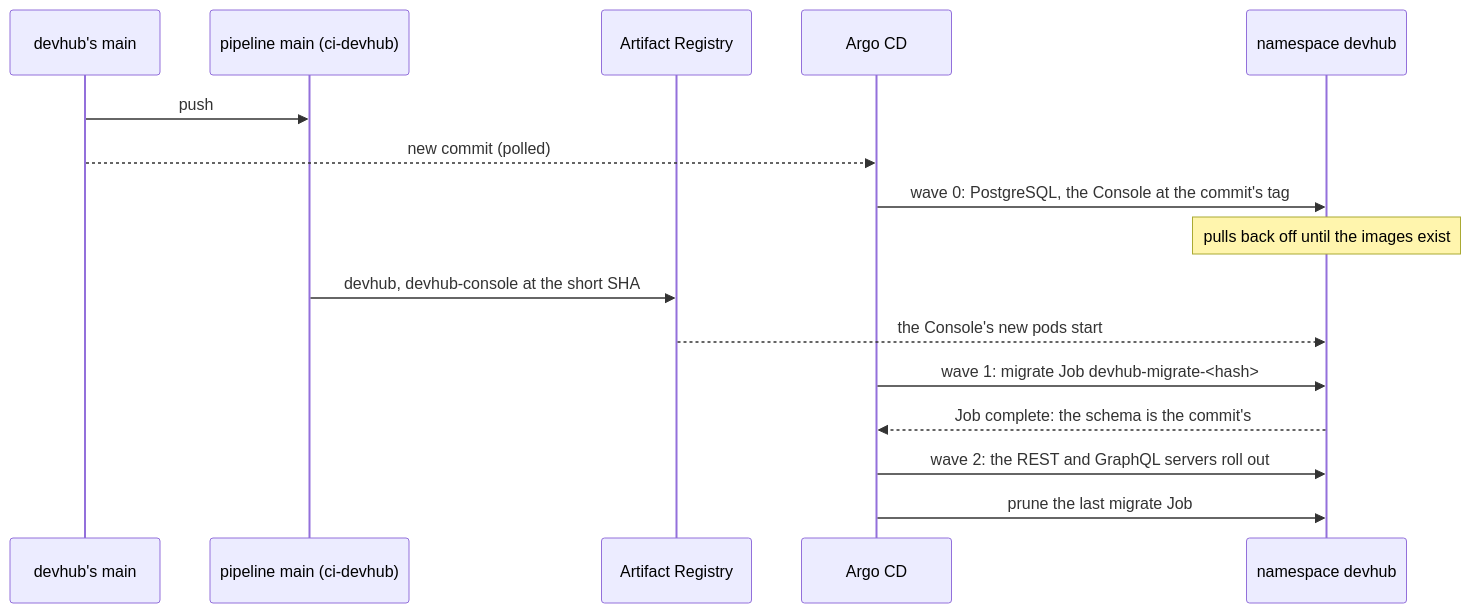
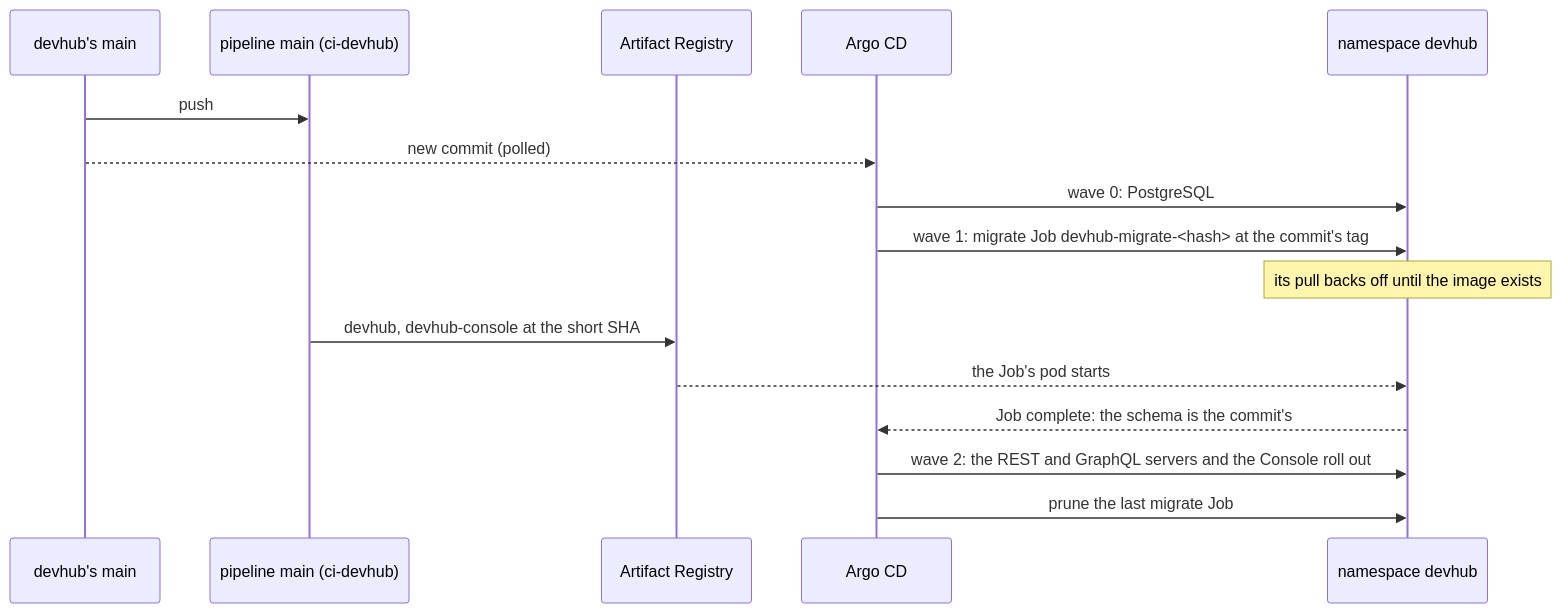
Before and after one commit to arikkfir-org/delivery: the second of 2 diagrams in docs/delivery/designs/devhub.md, drawn with Mermaid. The commit also changed other lines of this file and 1 other file, not shown here.

First line of the commit message:
fix(devhub): let the migrate Job wait for a commit's images

````diff
--- a/docs/delivery/designs/devhub.md
+++ b/docs/delivery/designs/devhub.md
@@ -35,18 +35,18 @@
 ```mermaid
 sequenceDiagram
   participant G as devhub's main
   participant P as pipeline main (ci-devhub)
   participant R as Artifact Registry
   participant A as Argo CD
   participant K as namespace devhub
   G->>P: push
   G-->>A: new commit (polled)
-  A->>K: wave 0: PostgreSQL, the Console at the commit's tag
-  Note over K: pulls back off until the images exist
+  A->>K: wave 0: PostgreSQL
+  A->>K: wave 1: migrate Job devhub-migrate-<hash> at the commit's tag
+  Note over K: its pull backs off until the image exists
   P->>R: devhub, devhub-console at the short SHA
-  R-->>K: the Console's new pods start
-  A->>K: wave 1: migrate Job devhub-migrate-<hash>
+  R-->>K: the Job's pod starts
   K-->>A: Job complete: the schema is the commit's
-  A->>K: wave 2: the REST and GraphQL servers roll out
+  A->>K: wave 2: the REST and GraphQL servers and the Console roll out
   A->>K: prune the last migrate Job
 ```
````
